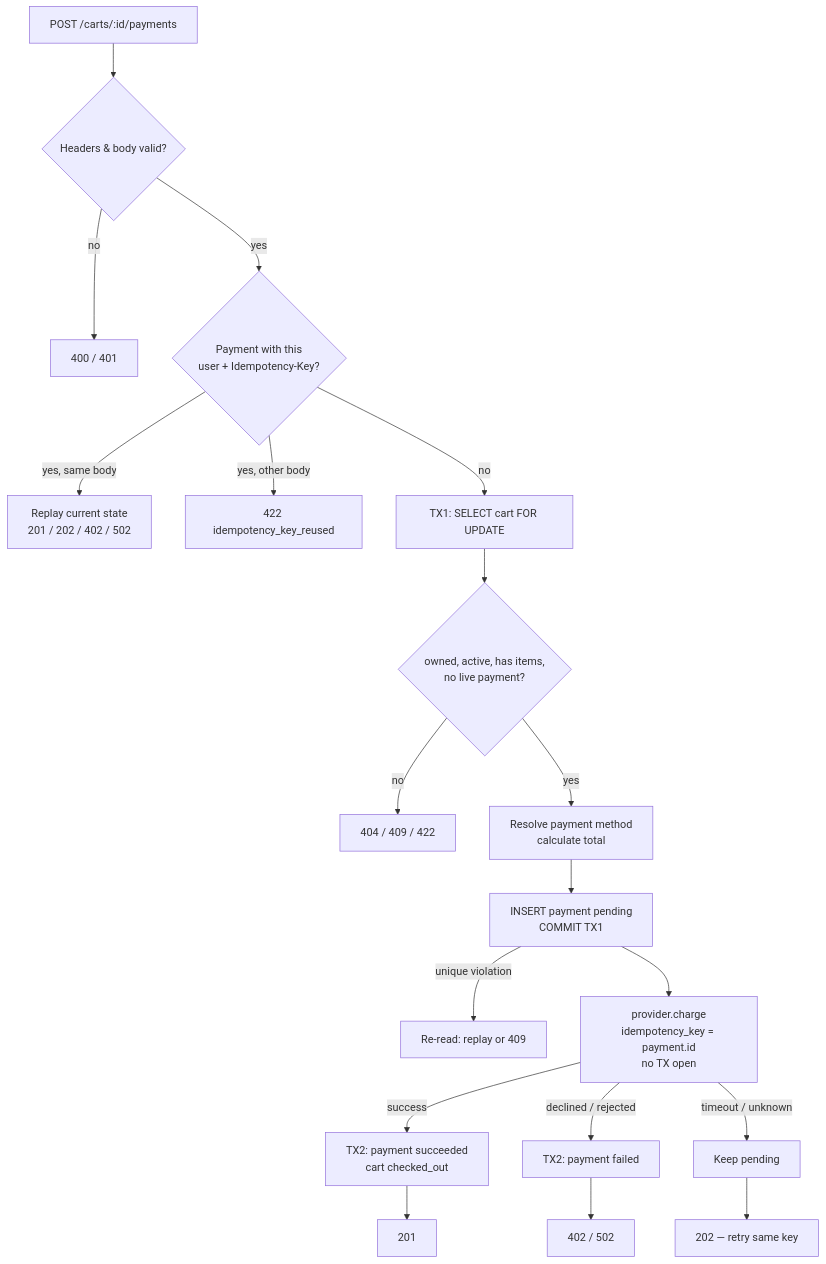
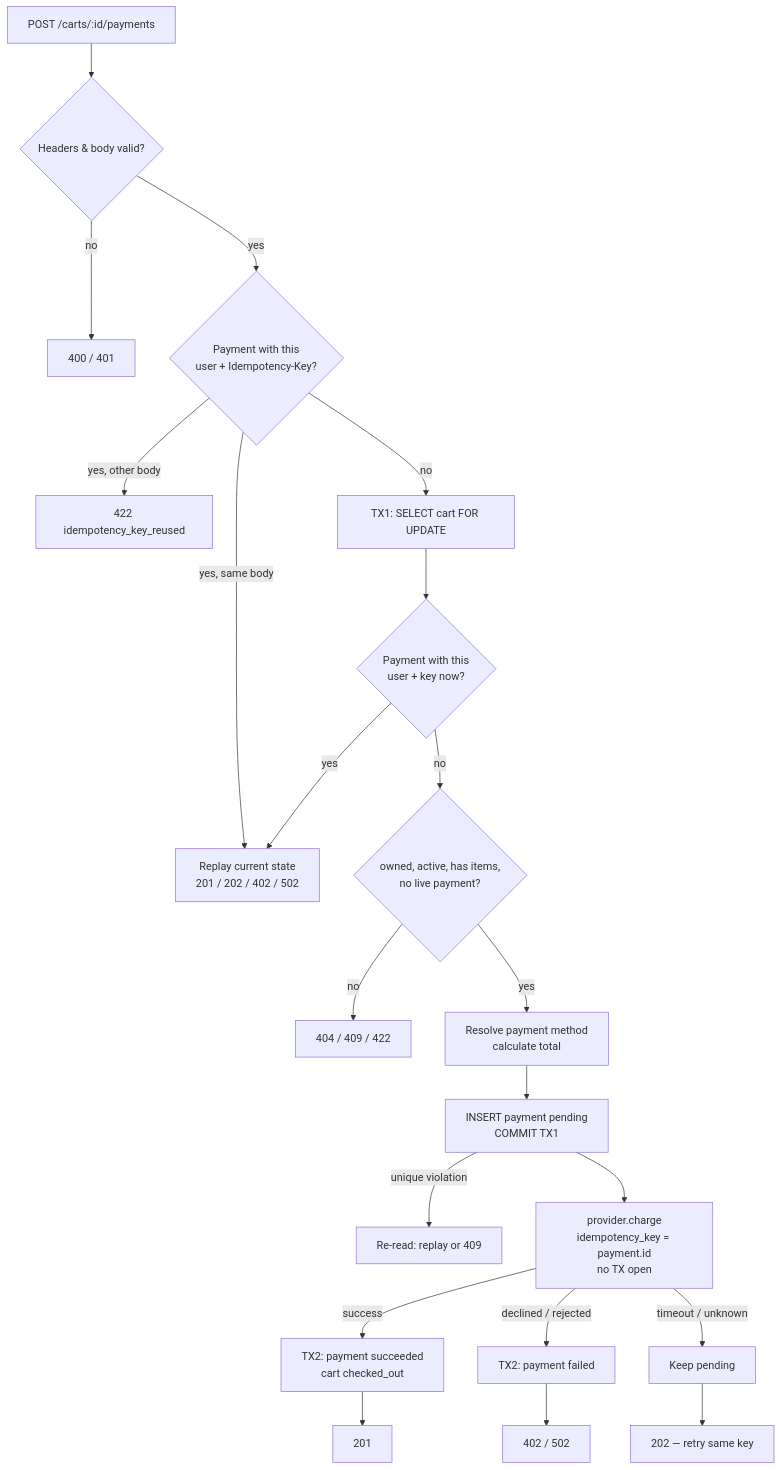
One commit to andriisem/shop-payments-api changed the first of 3 diagrams in docs/tech-spec.md. Above: the diagram before and after it, drawn with Mermaid. The commit also changed other lines of this file, not shown here.

First line of the commit message:
docs: fix idempotency fingerprint and same-key race in spec

````diff
--- a/docs/tech-spec.md
+++ b/docs/tech-spec.md
@@ -83,21 +83,23 @@
 ```mermaid
 flowchart TD
     A[POST /carts/:id/payments] --> V{Headers & body valid?}
     V -- no --> V1[400 / 401]
     V -- yes --> B{Payment with this<br/>user + Idempotency-Key?}
     B -- yes, same body --> R[Replay current state<br/>201 / 202 / 402 / 502]
     B -- yes, other body --> R2[422 idempotency_key_reused]
     B -- no --> C[TX1: SELECT cart FOR UPDATE]
-    C --> D{owned, active, has items,<br/>no live payment?}
+    C --> C2{Payment with this<br/>user + key now?}
+    C2 -- yes --> R
+    C2 -- no --> D{owned, active, has items,<br/>no live payment?}
     D -- no --> E[404 / 409 / 422]
     D -- yes --> F[Resolve payment method<br/>calculate total]
     F --> G[INSERT payment pending<br/>COMMIT TX1]
     G -- unique violation --> G2[Re-read: replay or 409]
     G --> I[provider.charge<br/>idempotency_key = payment.id<br/>no TX open]
     I -- success --> J[TX2: payment succeeded<br/>cart checked_out]
     I -- declined / rejected --> K[TX2: payment failed]
     I -- timeout / unknown --> L[Keep pending]
     J --> M[201]
     K --> N[402 / 502]
     L --> O[202 — retry same key]
 ```
````
